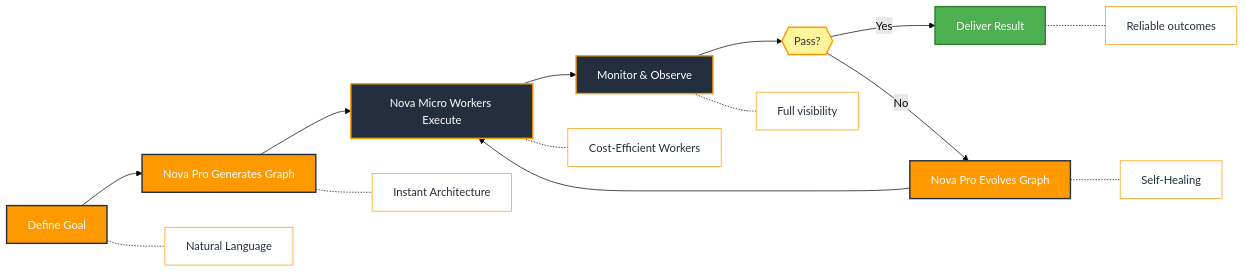
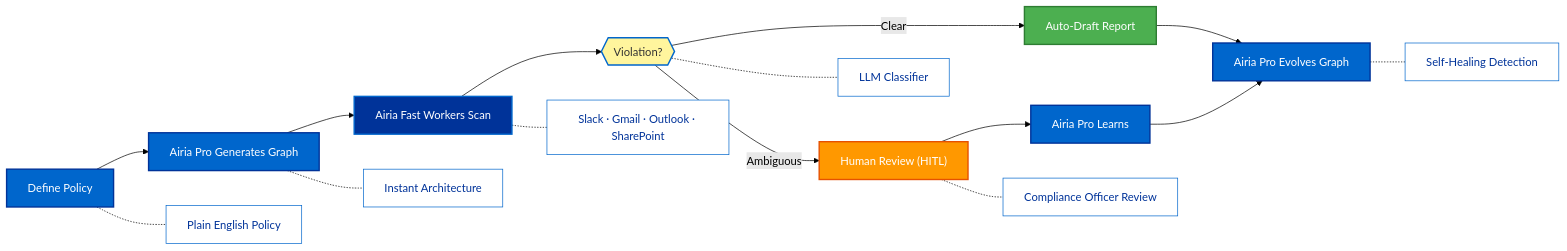
Before and after one commit to Agentscreator/sentinel-airia-agent: the first of 2 diagrams in README.md, drawn with Mermaid (forest theme). The commit also changed other lines of this file and 128 other files, not shown here.

First line of the commit message:
Rebrand Nova Nexa → Sentinel, powered by Airia

````diff
--- a/README.md
+++ b/README.md
@@ -148,31 +159,33 @@
 ```mermaid
 flowchart LR
-    GOAL["Define Goal"] --> GEN["Nova Pro Generates Graph"]
-    GEN --> EXEC["Nova Micro Workers Execute"]
-    EXEC --> MON["Monitor & Observe"]
-    MON --> CHECK{{"Pass?"}}
-    CHECK -- "Yes" --> DONE["Deliver Result"]
-    CHECK -- "No" --> EVOLVE["Nova Pro Evolves Graph"]
-    EVOLVE --> EXEC
+    POLICY["Define Policy"] --> GEN["Airia Pro Generates Graph"]
+    GEN --> SCAN["Airia Fast Workers Scan"]
+    SCAN --> DETECT{{"Violation?"}}
+    DETECT -- "Clear" --> REPORT["Auto-Draft Report"]
+    DETECT -- "Ambiguous" --> HITL["Human Review (HITL)"]
+    HITL --> LEARN["Airia Pro Learns"]
+    REPORT --> EVOLVE["Airia Pro Evolves Graph"]
+    LEARN --> EVOLVE
 
-    GOAL -.- V1["Natural Language"]
+    POLICY -.- V1["Plain English Policy"]
     GEN -.- V2["Instant Architecture"]
-    EXEC -.- V3["Cost-Efficient Workers"]
-    MON -.- V4["Full visibility"]
-    EVOLVE -.- V5["Self-Healing"]
-    DONE -.- V6["Reliable outcomes"]
+    SCAN -.- V3["Slack · Gmail · Outlook · SharePoint"]
+    DETECT -.- V4["LLM Classifier"]
+    HITL -.- V5["Compliance Officer Review"]
+    EVOLVE -.- V6["Self-Healing Detection"]
 
-    style GOAL fill:#FF9900,stroke:#232F3E,stroke-width:2px,color:#fff
-    style GEN fill:#FF9900,stroke:#232F3E,stroke-width:2px,color:#fff
-    style EXEC fill:#232F3E,stroke:#FF9900,stroke-width:2px,color:#fff
-    style MON fill:#232F3E,stroke:#FF9900,stroke-width:2px,color:#fff
-    style CHECK fill:#fff59d,stroke:#FF9900,stroke-width:2px,color:#333
-    style DONE fill:#4caf50,stroke:#2e7d32,stroke-width:2px,color:#fff
-    style EVOLVE fill:#FF9900,stroke:#232F3E,stroke-width:2px,color:#fff
-    style V1 fill:#fff,stroke:#FF9900,stroke-width:1px,color:#232F3E
-    style V2 fill:#fff,stroke:#FF9900,stroke-width:1px,color:#232F3E
-    style V3 fill:#fff,stroke:#FF9900,stroke-width:1px,color:#232F3E
-    style V4 fill:#fff,stroke:#FF9900,stroke-width:1px,color:#232F3E
-    style V5 fill:#fff,stroke:#FF9900,stroke-width:1px,color:#232F3E
-    style V6 fill:#fff,stroke:#FF9900,stroke-width:1px,color:#232F3E
+    style POLICY fill:#0066CC,stroke:#003399,stroke-width:2px,color:#fff
+    style GEN fill:#0066CC,stroke:#003399,stroke-width:2px,color:#fff
+    style SCAN fill:#003399,stroke:#0066CC,stroke-width:2px,color:#fff
+    style DETECT fill:#fff59d,stroke:#0066CC,stroke-width:2px,color:#333
+    style REPORT fill:#4caf50,stroke:#2e7d32,stroke-width:2px,color:#fff
+    style HITL fill:#FF9800,stroke:#E65100,stroke-width:2px,color:#fff
+    style LEARN fill:#0066CC,stroke:#003399,stroke-width:2px,color:#fff
+    style EVOLVE fill:#0066CC,stroke:#003399,stroke-width:2px,color:#fff
+    style V1 fill:#fff,stroke:#0066CC,stroke-width:1px,color:#003399
+    style V2 fill:#fff,stroke:#0066CC,stroke-width:1px,color:#003399
+    style V3 fill:#fff,stroke:#0066CC,stroke-width:1px,color:#003399
+    style V4 fill:#fff,stroke:#0066CC,stroke-width:1px,color:#003399
+    style V5 fill:#fff,stroke:#0066CC,stroke-width:1px,color:#003399
+    style V6 fill:#fff,stroke:#0066CC,stroke-width:1px,color:#003399
 ```
````
